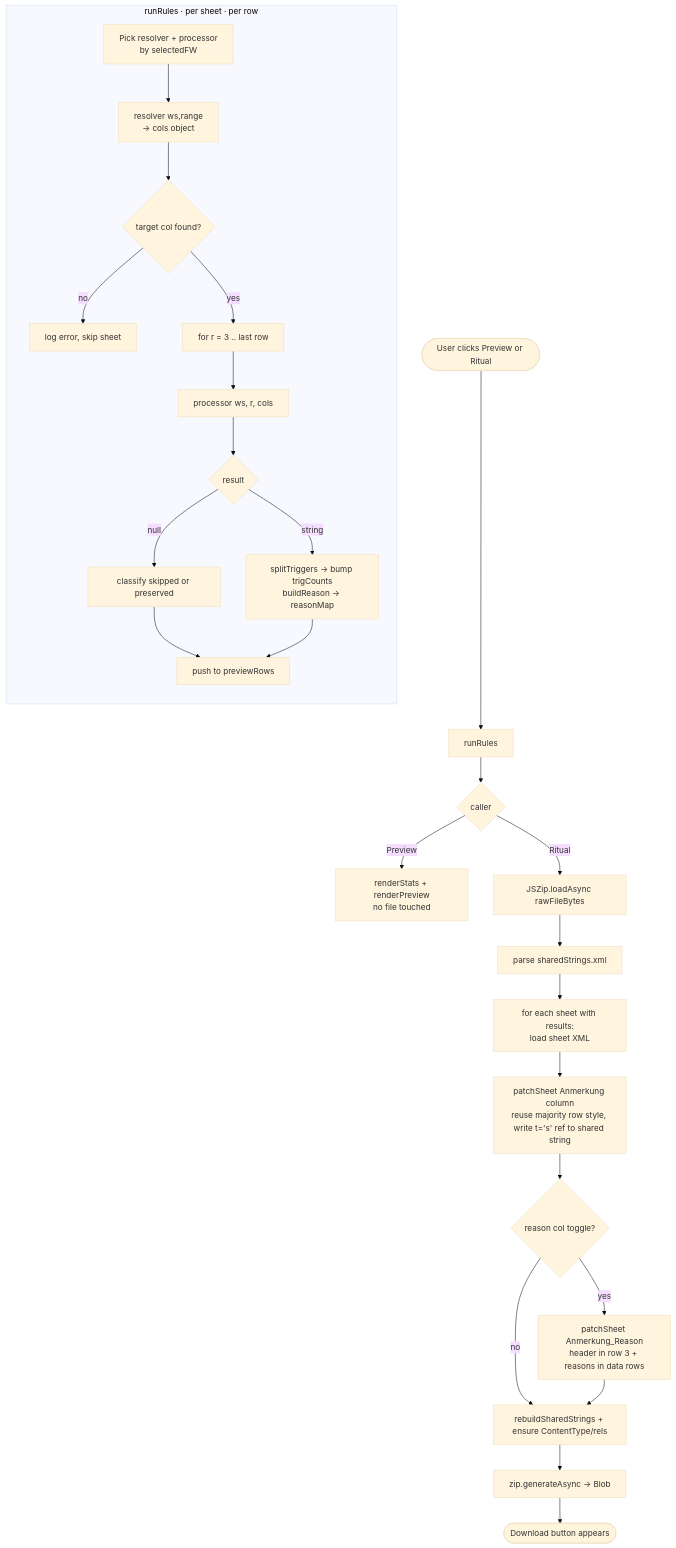
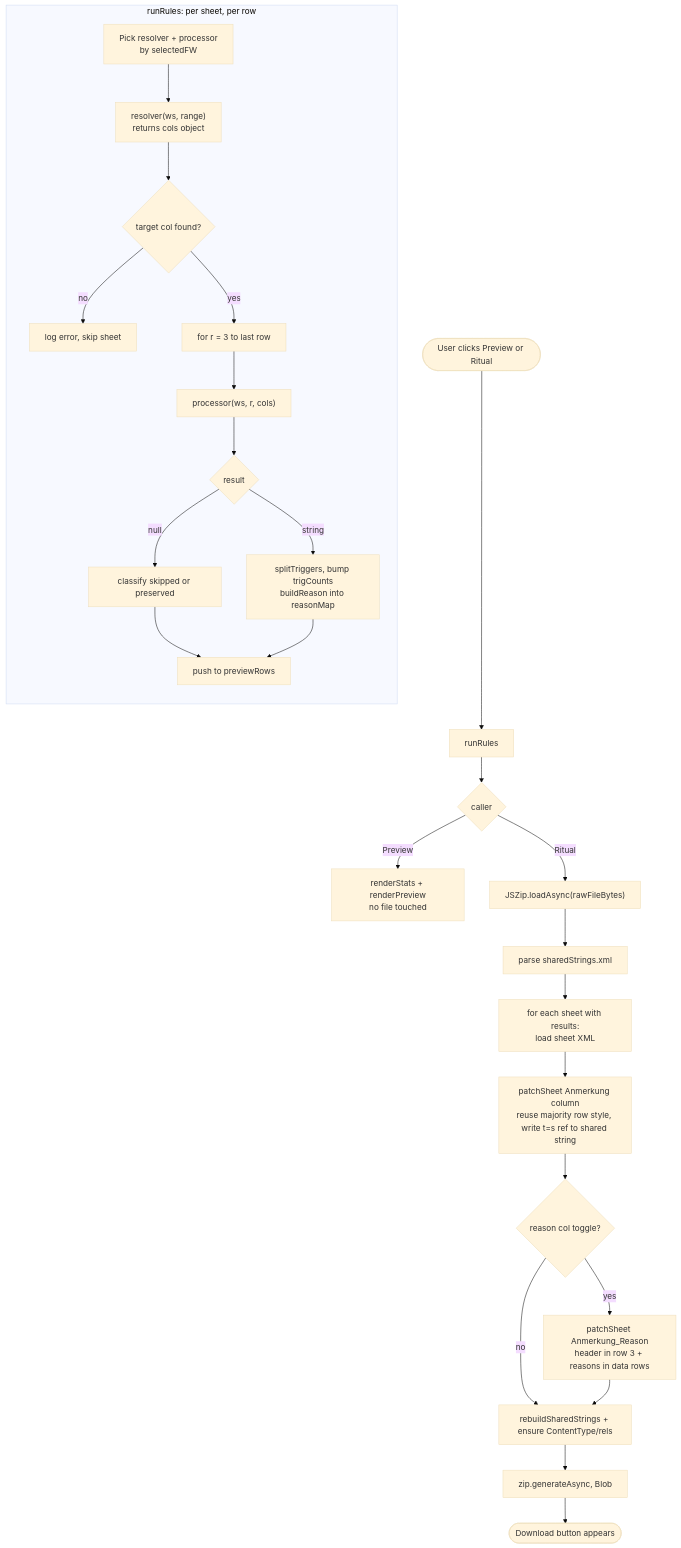
The second of 5 diagrams in docs/ANMERKUNG-WORKFLOW.md (nicoyogi/vb-code-vault), drawn with Mermaid (base theme) before and after one commit. The commit also changed other lines of this file, not shown here.

Commit message:
docs(anmerkung): quote Mermaid node labels so diagrams render on GitHub

````diff
--- a/docs/ANMERKUNG-WORKFLOW.md
+++ b/docs/ANMERKUNG-WORKFLOW.md
@@ -172,32 +172,32 @@
 ```mermaid
 flowchart TD
-  U([User clicks Preview or Ritual]) --> RR[runRules]
+  U(["User clicks Preview or Ritual"]) --> RR["runRules"]
 
-  subgraph RR_loop [runRules · per sheet · per row]
+  subgraph RR_loop ["runRules: per sheet, per row"]
     direction TB
-    S1[Pick resolver + processor<br/>by selectedFW]
-    S1 --> S2[resolver ws,range<br/>→ cols object]
-    S2 --> S3{target col found?}
-    S3 -- no --> S3b[log error, skip sheet]
-    S3 -- yes --> S4[for r = 3 .. last row]
-    S4 --> S5[processor ws, r, cols]
-    S5 --> S6{result}
-    S6 -- null --> S7[classify skipped or preserved]
-    S6 -- string --> S8[splitTriggers → bump trigCounts<br/>buildReason → reasonMap]
-    S7 --> S9[push to previewRows]
+    S1["Pick resolver + processor<br/>by selectedFW"]
+    S1 --> S2["resolver(ws, range)<br/>returns cols object"]
+    S2 --> S3{"target col found?"}
+    S3 -- no --> S3b["log error, skip sheet"]
+    S3 -- yes --> S4["for r = 3 to last row"]
+    S4 --> S5["processor(ws, r, cols)"]
+    S5 --> S6{"result"}
+    S6 -- null --> S7["classify skipped or preserved"]
+    S6 -- string --> S8["splitTriggers, bump trigCounts<br/>buildReason into reasonMap"]
+    S7 --> S9["push to previewRows"]
     S8 --> S9
   end
 
-  RR --> OUT{caller}
-  OUT -- Preview --> P1[renderStats + renderPreview<br/>no file touched]
-  OUT -- Ritual --> R1[JSZip.loadAsync rawFileBytes]
-  R1 --> R2[parse sharedStrings.xml]
-  R2 --> R3[for each sheet with results:<br/>load sheet XML]
-  R3 --> R4[patchSheet Anmerkung column<br/>reuse majority row style, write t='s' ref to shared string]
-  R4 --> R5{reason col toggle?}
-  R5 -- yes --> R6[patchSheet Anmerkung_Reason<br/>header in row 3 + reasons in data rows]
+  RR --> OUT{"caller"}
+  OUT -- Preview --> P1["renderStats + renderPreview<br/>no file touched"]
+  OUT -- Ritual --> R1["JSZip.loadAsync(rawFileBytes)"]
+  R1 --> R2["parse sharedStrings.xml"]
+  R2 --> R3["for each sheet with results:<br/>load sheet XML"]
+  R3 --> R4["patchSheet Anmerkung column<br/>reuse majority row style, write t=s ref to shared string"]
+  R4 --> R5{"reason col toggle?"}
+  R5 -- yes --> R6["patchSheet Anmerkung_Reason<br/>header in row 3 + reasons in data rows"]
   R5 -- no --> R7
-  R6 --> R7[rebuildSharedStrings + ensure ContentType/rels]
-  R7 --> R8[zip.generateAsync → Blob]
-  R8 --> R9([Download button appears])
+  R6 --> R7["rebuildSharedStrings + ensure ContentType/rels"]
+  R7 --> R8["zip.generateAsync, Blob"]
+  R8 --> R9(["Download button appears"])
 ```
````
